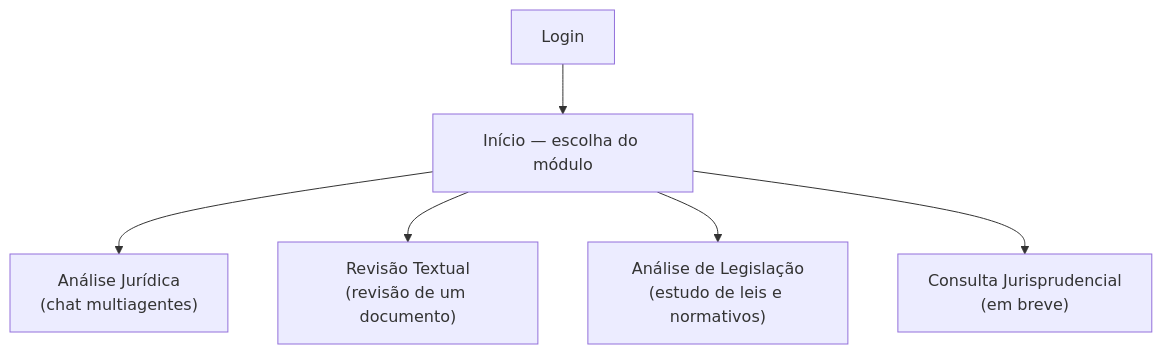
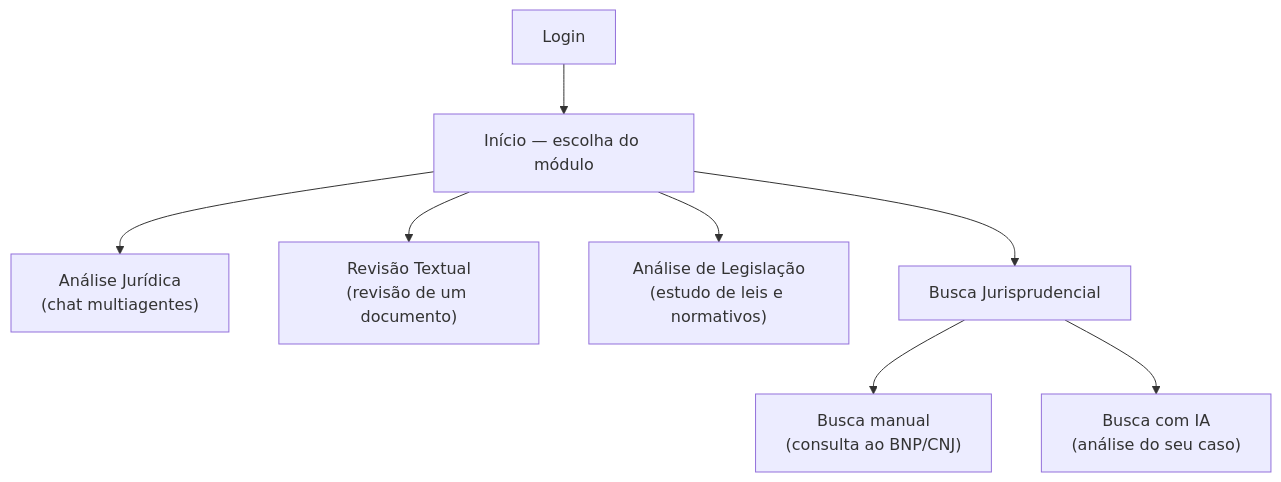
One commit to waacontroladoria/manual-wgpt changed the first of 4 diagrams in README.md. Above: the diagram before and after it, drawn with Mermaid. The commit also changed other lines of this file, not shown here.

Commit message:
Update busca jurisprudencial changes

````diff
--- a/README.md
+++ b/README.md
@@ -11,8 +11,10 @@
 ```mermaid
 flowchart TD
     A[Login] --> B[Início — escolha do módulo]
     B --> C["Análise Jurídica<br/>(chat multiagentes)"]
     B --> D["Revisão Textual<br/>(revisão de um documento)"]
     B --> E["Análise de Legislação<br/>(estudo de leis e normativos)"]
-    B --> F["Consulta Jurisprudencial<br/>(em breve)"]
+    B --> F["Busca Jurisprudencial"]
+    F --> F1["Busca manual<br/>(consulta ao BNP/CNJ)"]
+    F --> F2["Busca com IA<br/>(análise do seu caso)"]
 ```
````
